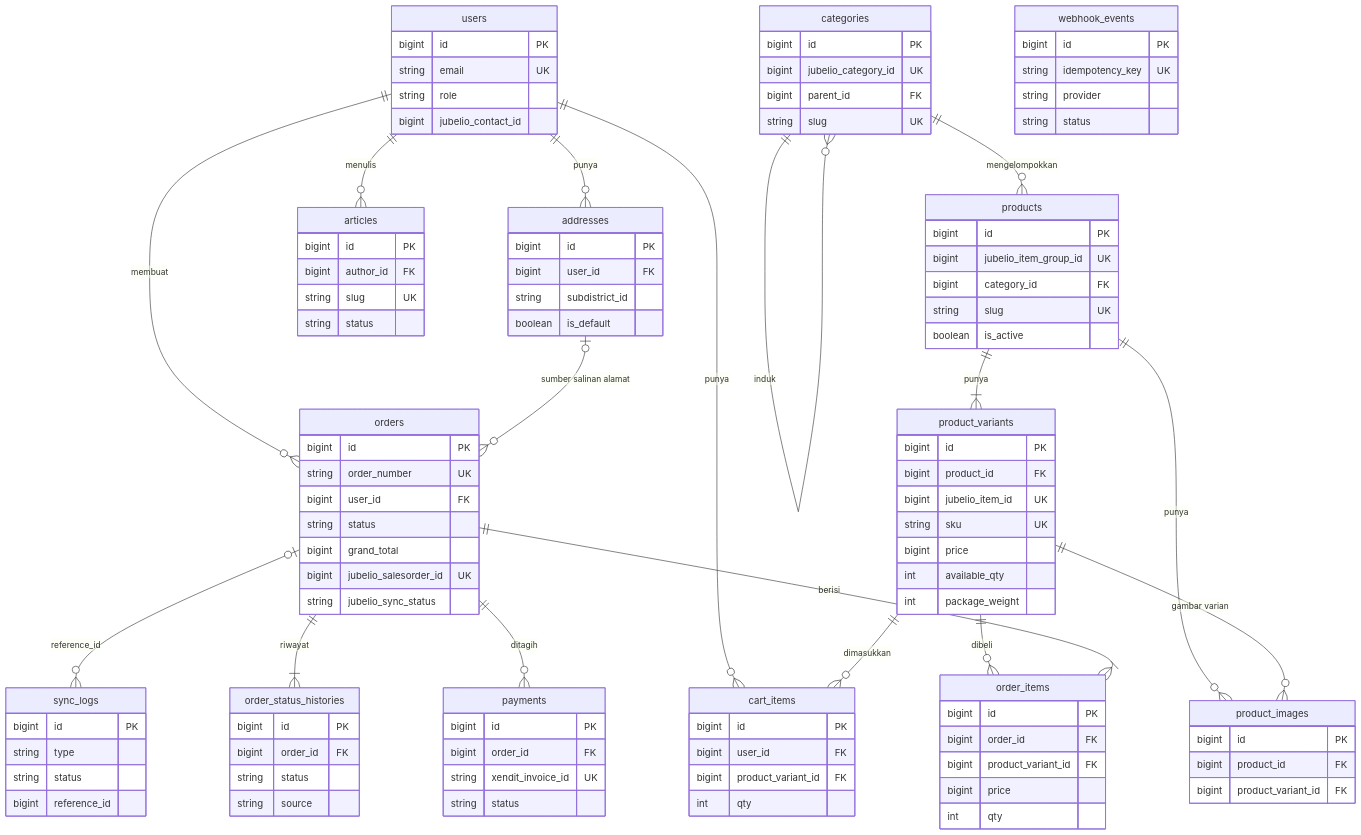
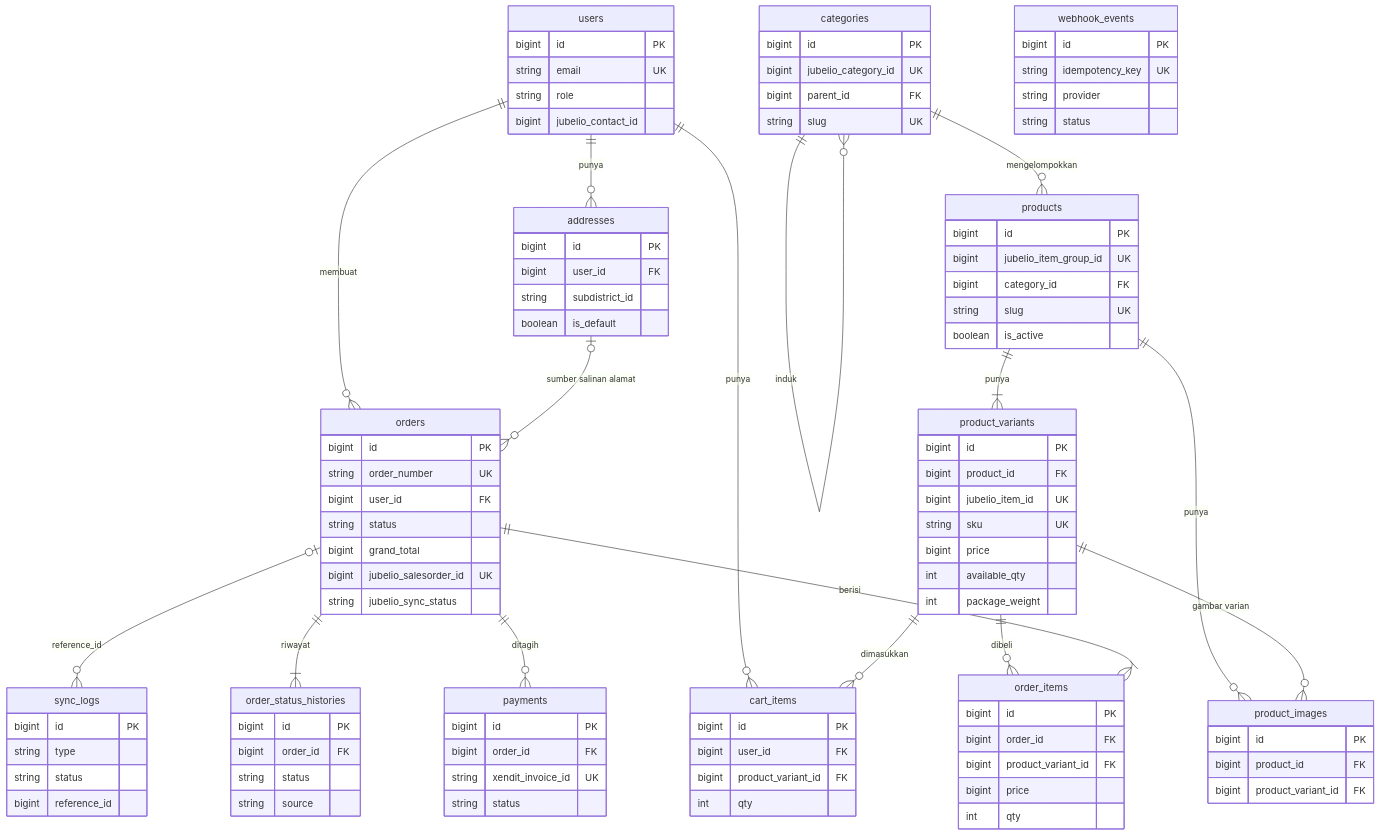
One commit to Zhafransss/E-Commers-Saeful-Askar changed the diagram in docs/erd.md. Above: the diagram before and after it, drawn with Mermaid. The commit also changed other lines of this file and 44 other files, not shown here.

```diff
--- a/docs/erd.md
+++ b/docs/erd.md
@@ -26,7 +26,6 @@
   users ||--o{ addresses : "punya"
   users ||--o{ cart_items : "punya"
   users ||--o{ orders : "membuat"
-  users ||--o{ articles : "menulis"
   categories ||--o{ categories : "induk"
   categories ||--o{ products : "mengelompokkan"
   products ||--|{ product_variants : "punya"
@@ -113,12 +112,6 @@
     string status
     string source
   }
-  articles {
-    bigint id PK
-    bigint author_id FK
-    string slug UK
-    string status
-  }
   webhook_events {
     bigint id PK
     string idempotency_key UK
```
